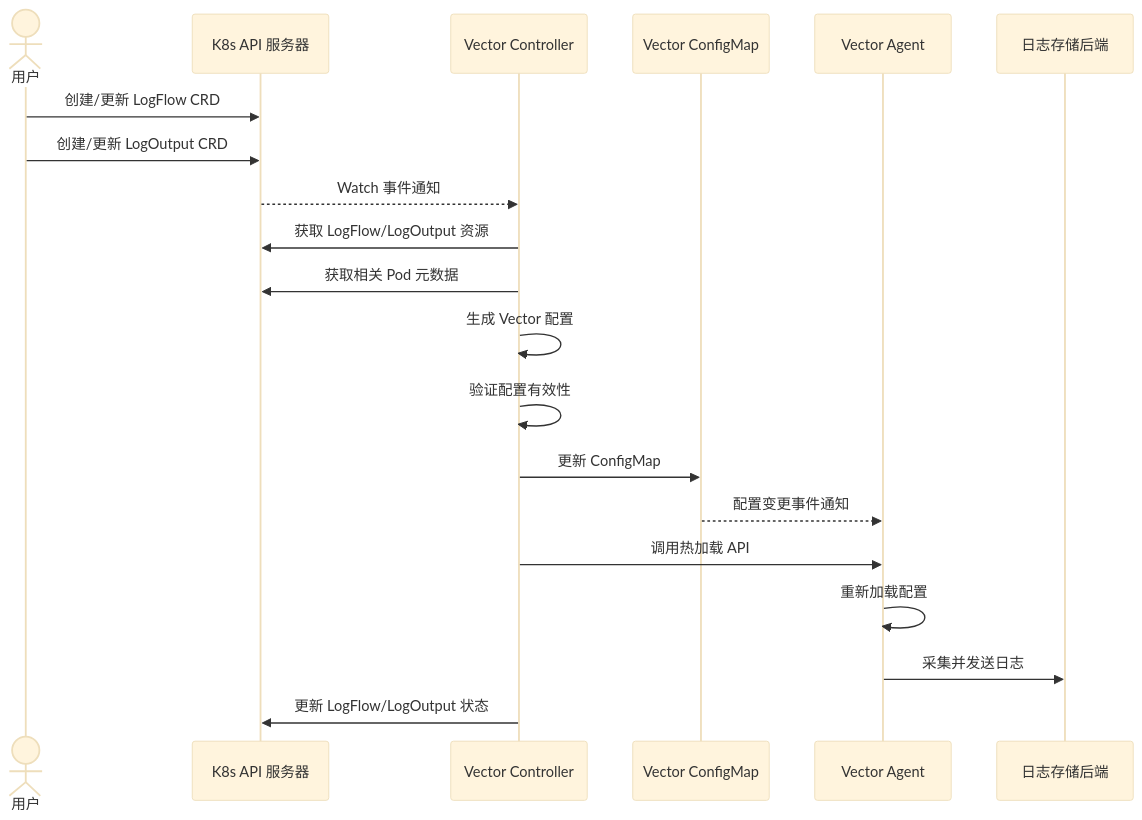
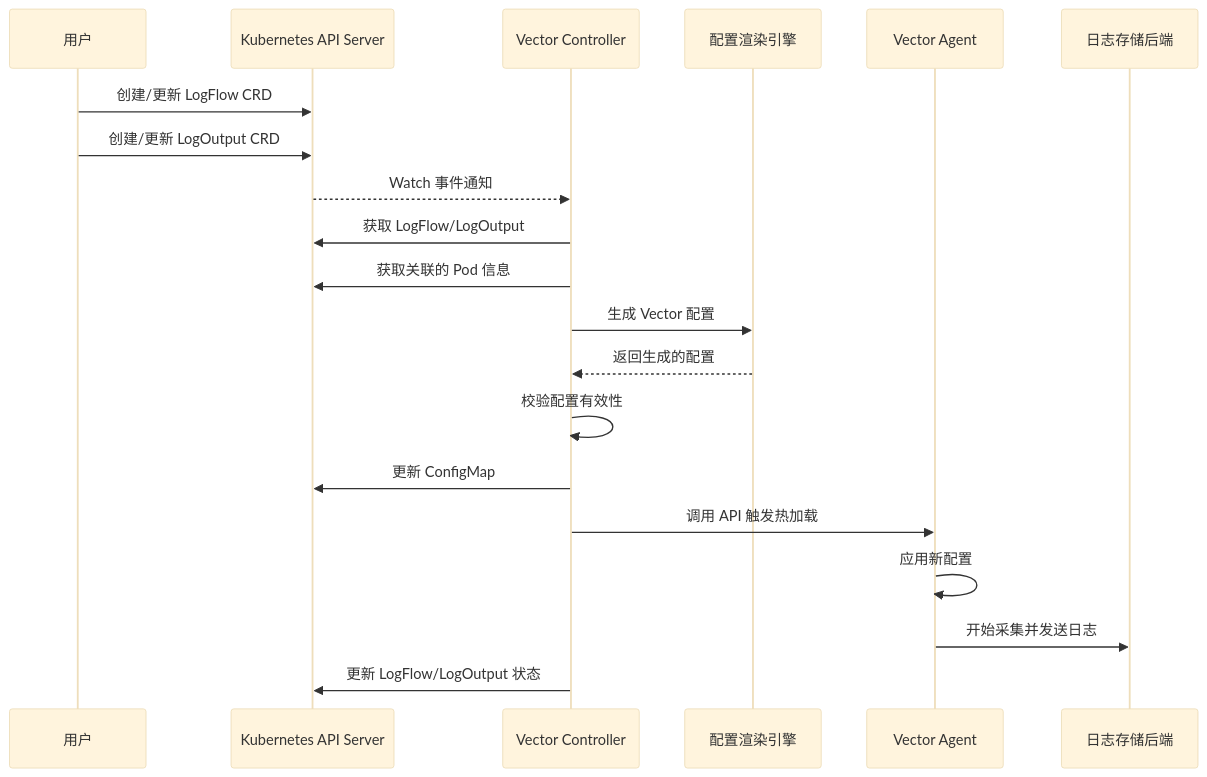
One commit to vvhuang-ll/vector-controller changed the diagram in ARCHITECTURE.md. Above: the diagram before and after it, drawn with Mermaid (base theme). The commit also changed other lines of this file, not shown here.

Commit message:
更新系统架构图

````diff
--- a/ARCHITECTURE.md
+++ b/ARCHITECTURE.md
@@ -95,27 +63,28 @@
 ```mermaid
 sequenceDiagram
-    actor User as 用户
-    participant APIServer as K8s API 服务器
+    participant User as 用户
+    participant APIServer as Kubernetes API Server
     participant Controller as Vector Controller
-    participant ConfigMap as Vector ConfigMap
-    participant Agent as Vector Agent
-    participant Backend as 日志存储后端
+    participant ConfigEngine as 配置渲染引擎
+    participant VectorAgent as Vector Agent
+    participant LogBackend as 日志存储后端
 
     User->>APIServer: 创建/更新 LogFlow CRD
     User->>APIServer: 创建/更新 LogOutput CRD
     APIServer-->>Controller: Watch 事件通知
     
-    Controller->>APIServer: 获取 LogFlow/LogOutput 资源
-    Controller->>APIServer: 获取相关 Pod 元数据
-    Controller->>Controller: 生成 Vector 配置
-    Controller->>Controller: 验证配置有效性
+    Controller->>APIServer: 获取 LogFlow/LogOutput
+    Controller->>APIServer: 获取关联的 Pod 信息
     
-    Controller->>ConfigMap: 更新 ConfigMap
-    ConfigMap-->>Agent: 配置变更事件通知
+    Controller->>ConfigEngine: 生成 Vector 配置
+    ConfigEngine-->>Controller: 返回生成的配置
     
-    Controller->>Agent: 调用热加载 API
-    Agent->>Agent: 重新加载配置
-    Agent->>Backend: 采集并发送日志
+    Controller->>Controller: 校验配置有效性
+    Controller->>APIServer: 更新 ConfigMap
+    
+    Controller->>VectorAgent: 调用 API 触发热加载
+    VectorAgent->>VectorAgent: 应用新配置
+    VectorAgent->>LogBackend: 开始采集并发送日志
     
     Controller->>APIServer: 更新 LogFlow/LogOutput 状态
 ```
````
